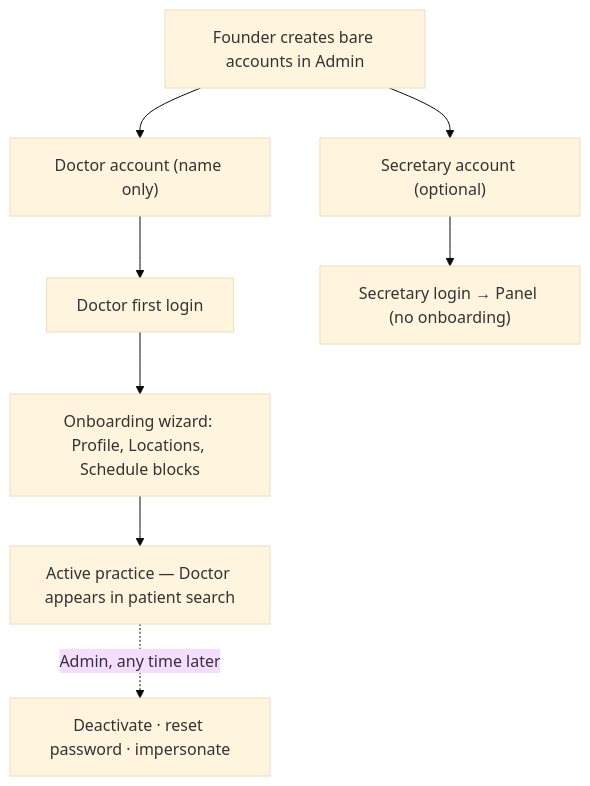
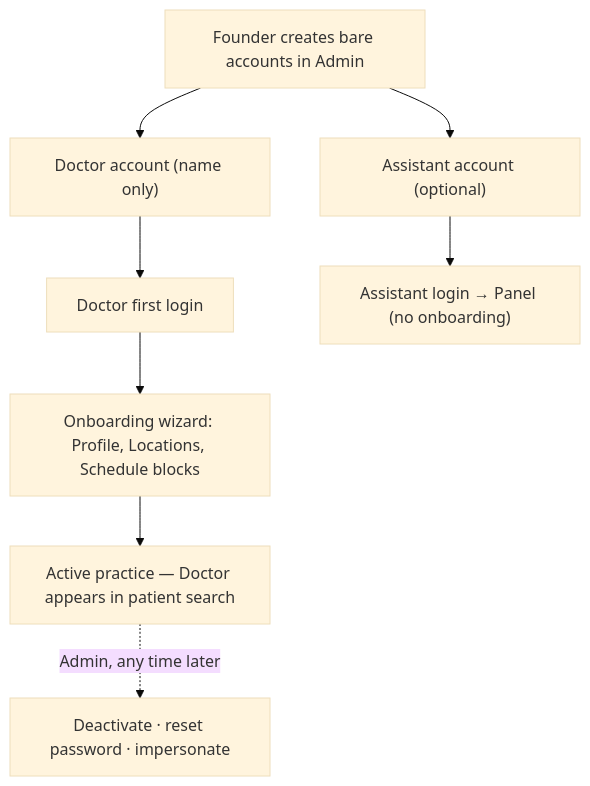
Before and after one commit to DaleneyRuben/alivia: the third of 4 diagrams in docs/flows/domain-lifecycles.md, drawn with Mermaid (base theme). The commit also changed other lines of this file and 10 other files, not shown here.

Commit message:
rename secretary role to assistant across docs

````diff
--- a/docs/flows/domain-lifecycles.md
+++ b/docs/flows/domain-lifecycles.md
@@ -83,10 +83,10 @@
 ```mermaid
 flowchart TD
     F["Founder creates bare accounts in Admin"] --> DAcc["Doctor account (name only)"]
-    F --> SAcc["Secretary account (optional)"]
+    F --> SAcc["Assistant account (optional)"]
     DAcc --> DLogin["Doctor first login"]
     DLogin --> Onb["Onboarding wizard: Profile, Locations, Schedule blocks"]
     Onb --> Active["Active practice — Doctor appears in patient search"]
-    SAcc --> SLogin["Secretary login → Panel (no onboarding)"]
+    SAcc --> SLogin["Assistant login → Panel (no onboarding)"]
     Active -.->|"Admin, any time later"| Ops["Deactivate · reset password · impersonate"]
 ```
````
